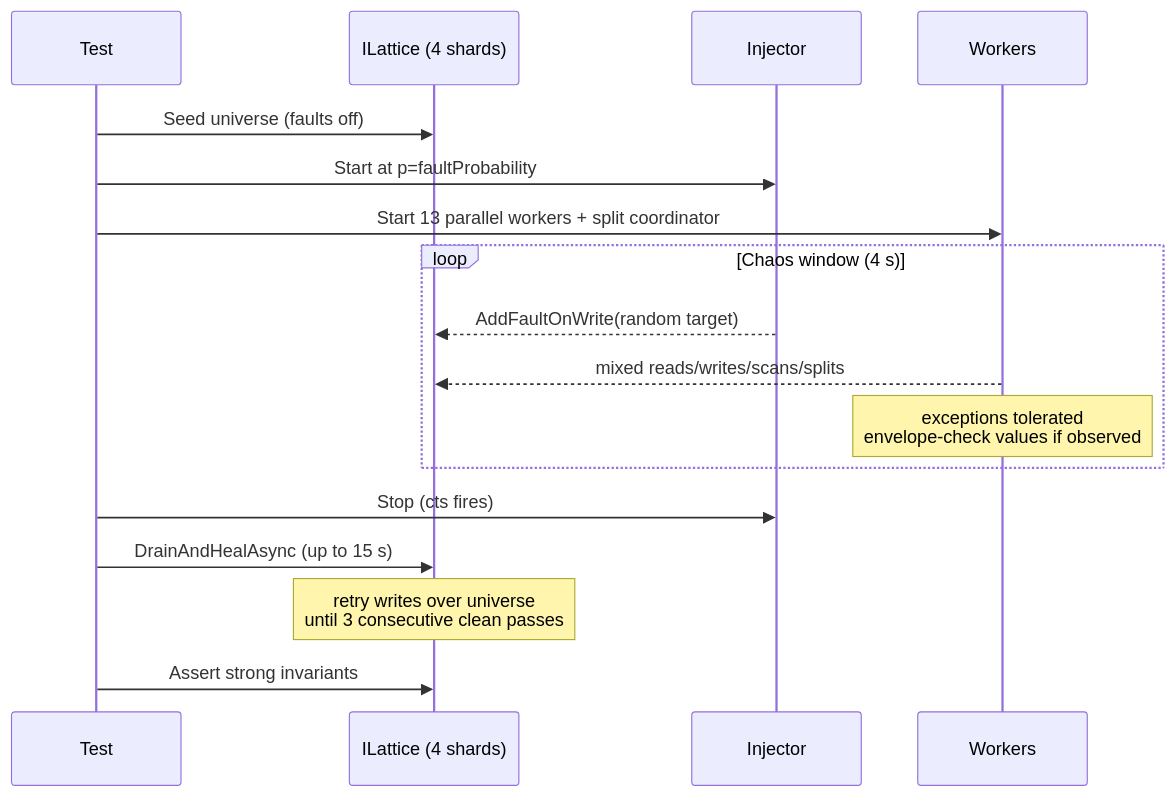
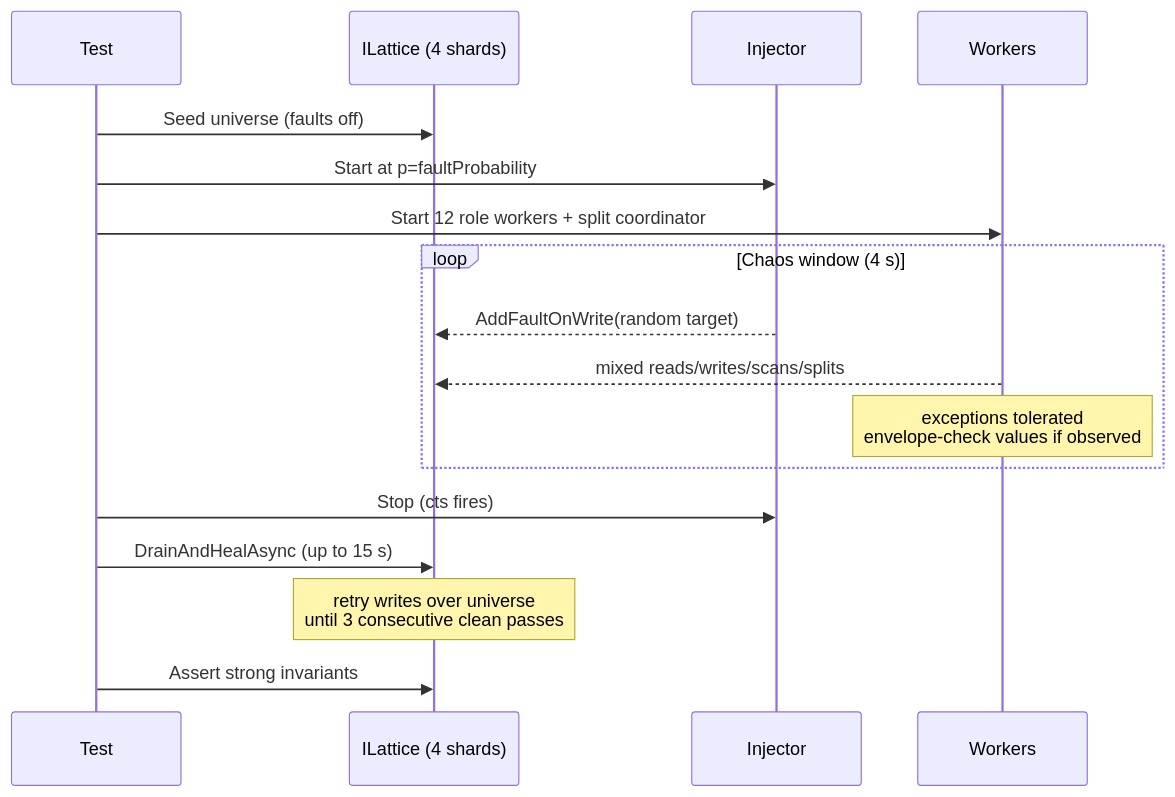
Before and after one commit to NSTA1/Orleans.Lattice: the second of 2 diagrams in docs/chaos-tests.md, drawn with Mermaid. The commit also changed other lines of this file and 1 other file, not shown here.

````diff
--- a/docs/chaos-tests.md
+++ b/docs/chaos-tests.md
@@ -145,19 +150,19 @@
 ```mermaid
 sequenceDiagram
     participant Test
     participant Tree as ILattice (4 shards)
     participant Injector
     participant Workers
     Test->>Tree: Seed universe (faults off)
     Test->>Injector: Start at p=faultProbability
-    Test->>Workers: Start 13 parallel workers + split coordinator
+    Test->>Workers: Start 12 role workers + split coordinator
     loop Chaos window (4 s)
         Injector-->>Tree: AddFaultOnWrite(random target)
         Workers-->>Tree: mixed reads/writes/scans/splits
         Note over Workers: exceptions tolerated<br/>envelope-check values if observed
     end
     Test->>Injector: Stop (cts fires)
     Test->>Tree: DrainAndHealAsync (up to 15 s)
     Note over Tree: retry writes over universe<br/>until 3 consecutive clean passes
     Test->>Tree: Assert strong invariants
 ```
````
